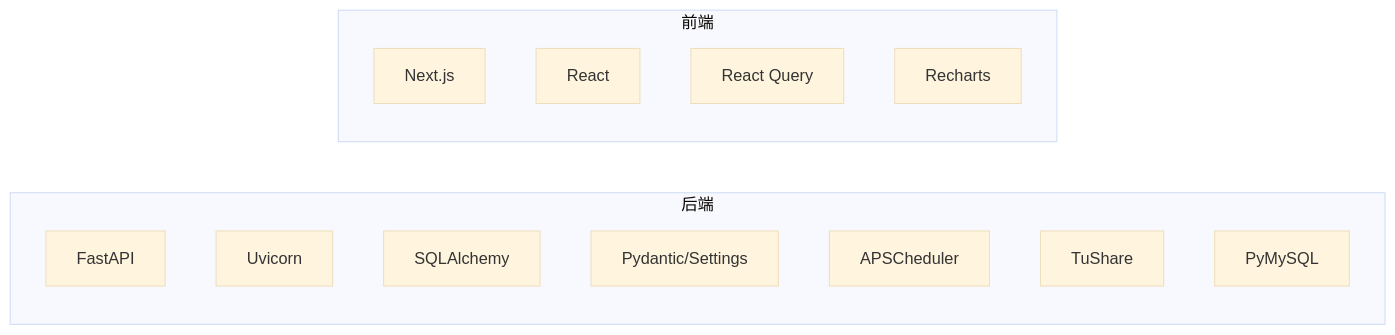
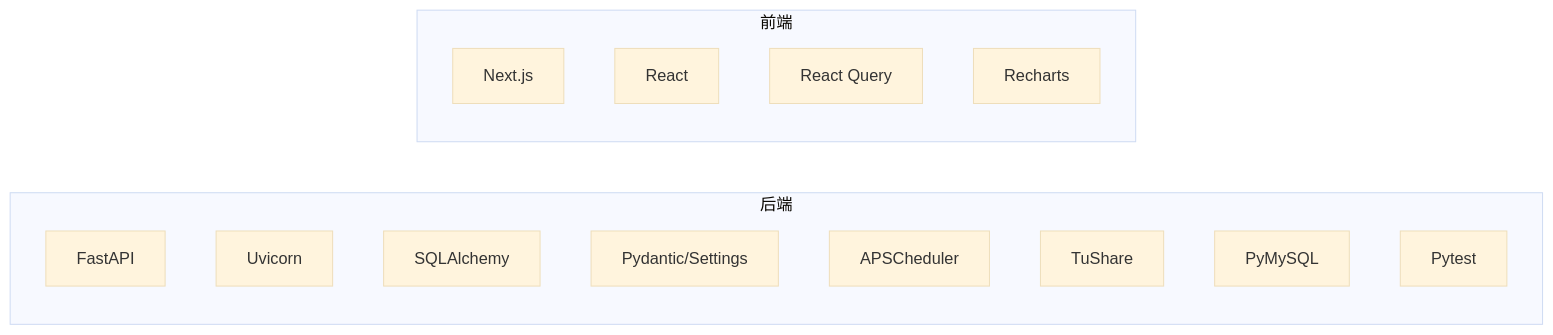
The seventh of 9 diagrams in .qoder/repowiki/zh/content/故障排除与维护/故障排除与维护.md (gujialind/InvestRing), drawn with Mermaid (base theme) before and after one commit. The commit also changed other lines of this file and 15 other files, not shown here.

````diff
--- a/.qoder/repowiki/zh/content/故障排除与维护/故障排除与维护.md
+++ b/.qoder/repowiki/zh/content/故障排除与维护/故障排除与维护.md
@@ -231,18 +253,19 @@
 ```mermaid
 graph LR
 subgraph "后端"
 F["FastAPI"]
 U["Uvicorn"]
 S["SQLAlchemy"]
 P["Pydantic/Settings"]
 A["APSCheduler"]
 T["TuShare"]
 M["PyMySQL"]
+PT["Pytest"]
 end
 subgraph "前端"
 N["Next.js"]
 R["React"]
 Q["React Query"]
 C["Recharts"]
 end
 ```
````
